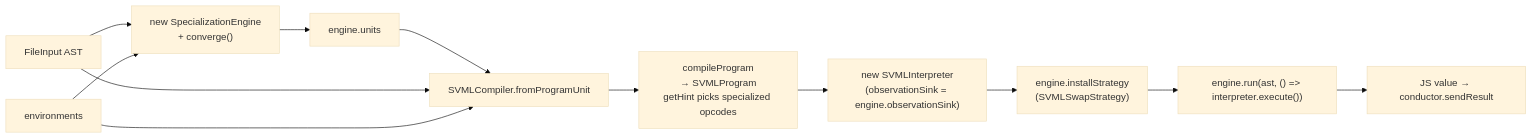
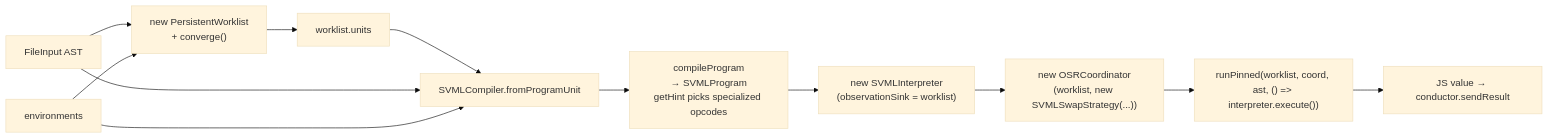
Before and after one commit to loyaltypollution/py-slang: the fourth of 6 diagrams in docs/compilation-flow.md, drawn with Mermaid (base theme). The commit also changed other lines of this file and 2 other files, not shown here.

Commit message:
docs: refresh roadmap + compilation-flow; absorb cleanup-plan gaps into roadmap D1–D7

````diff
--- a/docs/compilation-flow.md
+++ b/docs/compilation-flow.md
@@ -227,19 +254,19 @@
 ```mermaid
 flowchart LR
     AST["FileInput AST"]
     ENV["environments"]
-    ENG["new SpecializationEngine<br/>+ converge()"]
-    UNITS["engine.units"]
+    WL["new PersistentWorklist<br/>+ converge()"]
+    UNITS["worklist.units"]
     COMP["SVMLCompiler.fromProgramUnit"]
     EMIT["compileProgram<br/>→ SVMLProgram<br/>getHint picks specialized opcodes"]
-    INT["new SVMLInterpreter<br/>(observationSink = engine.observationSink)"]
-    STRAT["engine.installStrategy<br/>(SVMLSwapStrategy)"]
-    RUN["engine.run(ast, () => interpreter.execute())"]
+    INT["new SVMLInterpreter<br/>(observationSink = worklist)"]
+    COORD["new OSRCoordinator<br/>(worklist, new SVMLSwapStrategy(...))"]
+    RUN["runPinned(worklist, coord, ast, () => interpreter.execute())"]
     OUT["JS value → conductor.sendResult"]
 
-    AST --> ENG
-    ENV --> ENG
-    ENG --> UNITS --> COMP --> EMIT --> INT --> STRAT --> RUN --> OUT
+    AST --> WL
+    ENV --> WL
+    WL --> UNITS --> COMP --> EMIT --> INT --> COORD --> RUN --> OUT
     AST --> COMP
     ENV --> COMP
 ```
````
